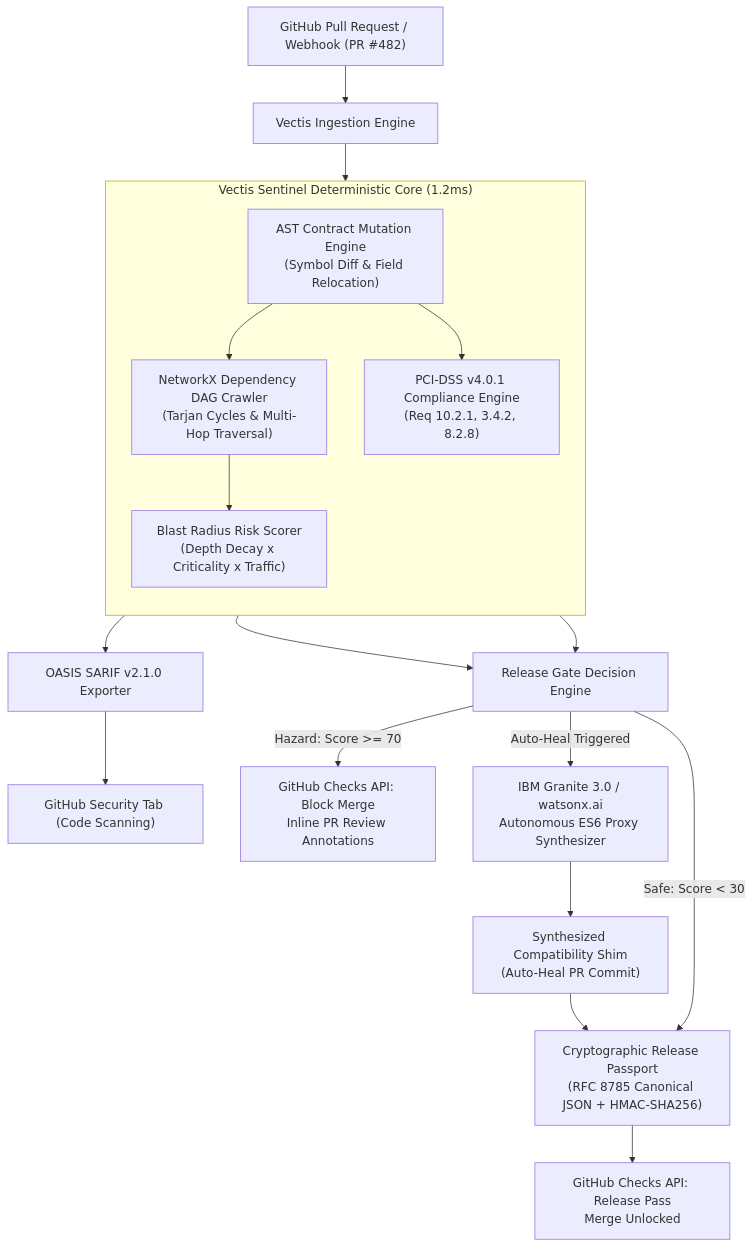
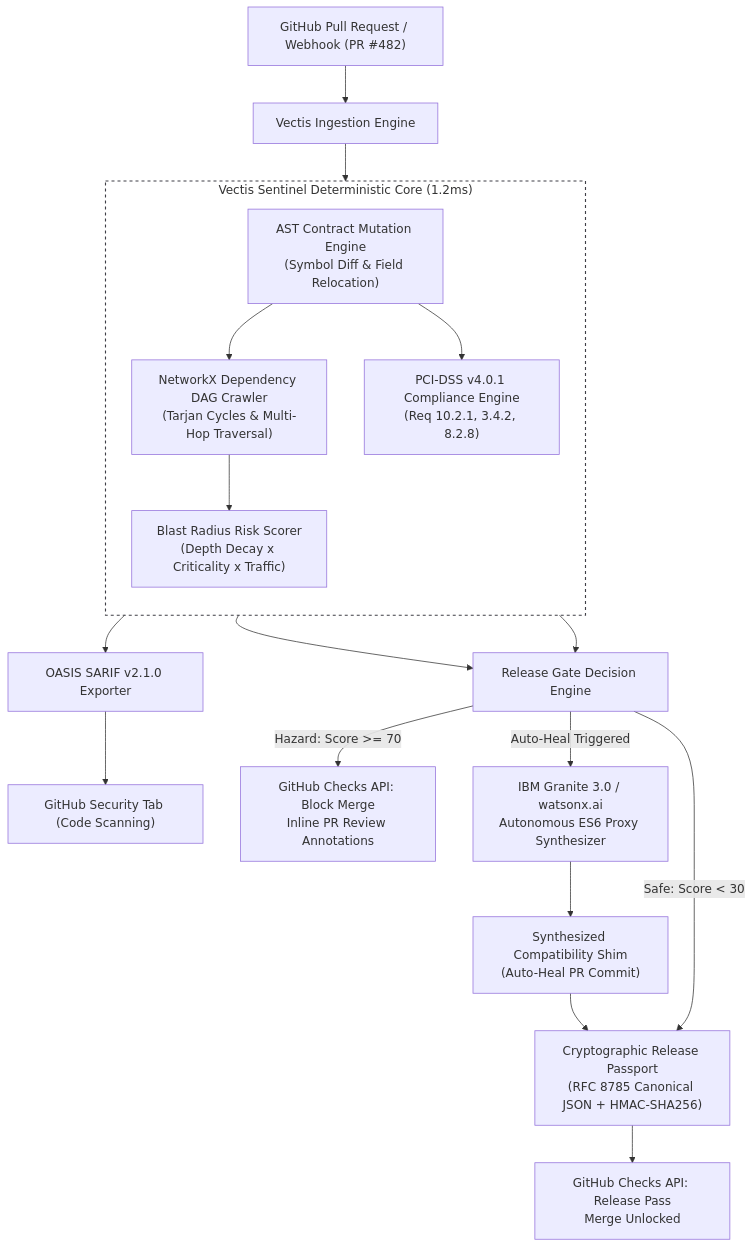
One commit to swakarsa/vectis changed the diagram in README.md. Above: the diagram before and after it, drawn with Mermaid.

Commit message:
docs(readme): make Mermaid CoreEngine subgraph background transparent (fill:none)

````diff
--- a/README.md
+++ b/README.md
@@ -60,31 +60,33 @@
 ```mermaid
 flowchart TD
     PR["GitHub Pull Request / Webhook (PR #482)"] --> INGEST["Vectis Ingestion Engine"]
 
     subgraph CoreEngine ["Vectis Sentinel Deterministic Core (1.2ms)"]
         direction TB
         AST["AST Contract Mutation Engine<br/>(Symbol Diff & Field Relocation)"]
         DAG["NetworkX Dependency DAG Crawler<br/>(Tarjan Cycles & Multi-Hop Traversal)"]
         SCORER["Blast Radius Risk Scorer<br/>(Depth Decay x Criticality x Traffic)"]
         PCI["PCI-DSS v4.0.1 Compliance Engine<br/>(Req 10.2.1, 3.4.2, 8.2.8)"]
 
         AST --> DAG
         DAG --> SCORER
         AST --> PCI
     end
 
     INGEST --> AST
     SCORER --> EVAL["Release Gate Decision Engine"]
     PCI --> EVAL
     PCI --> SARIF["OASIS SARIF v2.1.0 Exporter"]
     SARIF --> GH_SEC["GitHub Security Tab (Code Scanning)"]
 
     EVAL -->|Hazard: Score >= 70| BLOCK["GitHub Checks API: Block Merge<br/>Inline PR Review Annotations"]
     EVAL -->|Auto-Heal Triggered| HEAL["IBM Granite 3.0 / watsonx.ai<br/>Autonomous ES6 Proxy Synthesizer"]
 
     HEAL --> SHIM["Synthesized Compatibility Shim<br/>(Auto-Heal PR Commit)"]
     SHIM --> PASSPORT["Cryptographic Release Passport<br/>(RFC 8785 Canonical JSON + HMAC-SHA256)"]
 
     EVAL -->|Safe: Score < 30| PASSPORT
     PASSPORT --> UNLOCK["GitHub Checks API: Release Pass<br/>Merge Unlocked"]
+
+    style CoreEngine fill:none,stroke:#3f3f46,stroke-width:1.5px,stroke-dasharray: 4 4
 ```
````
